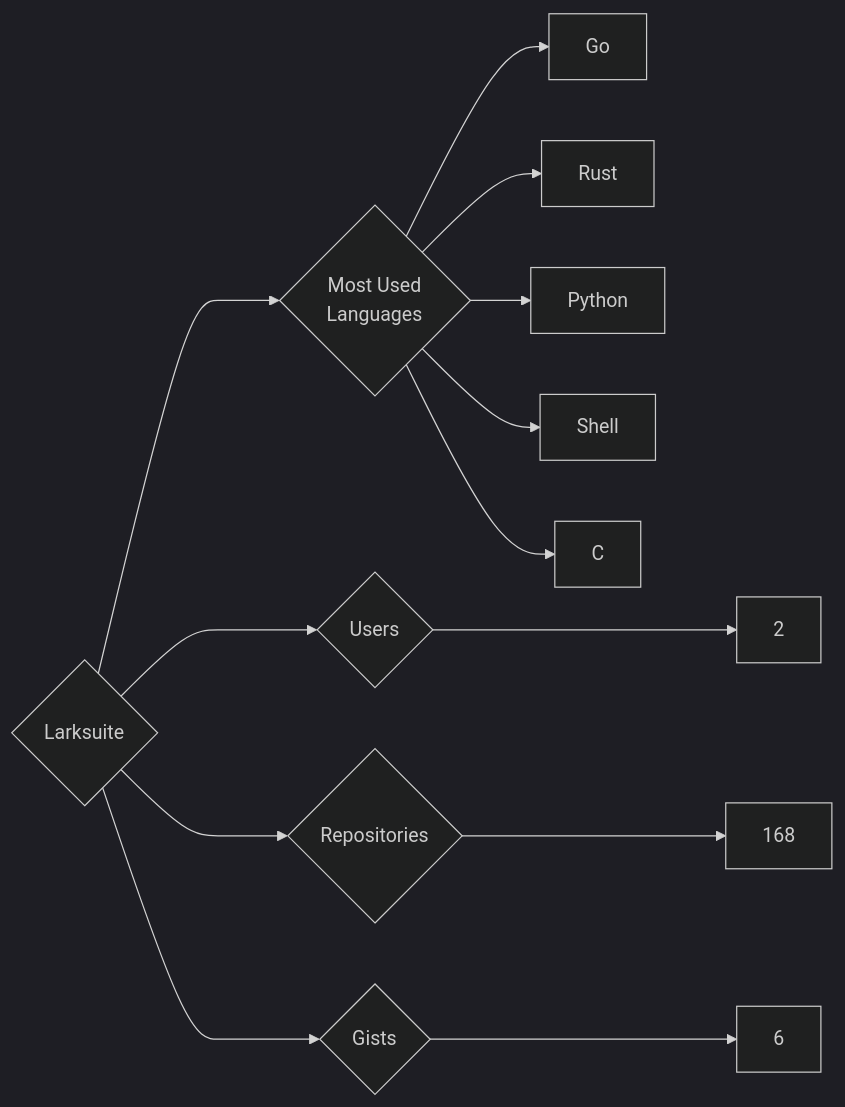
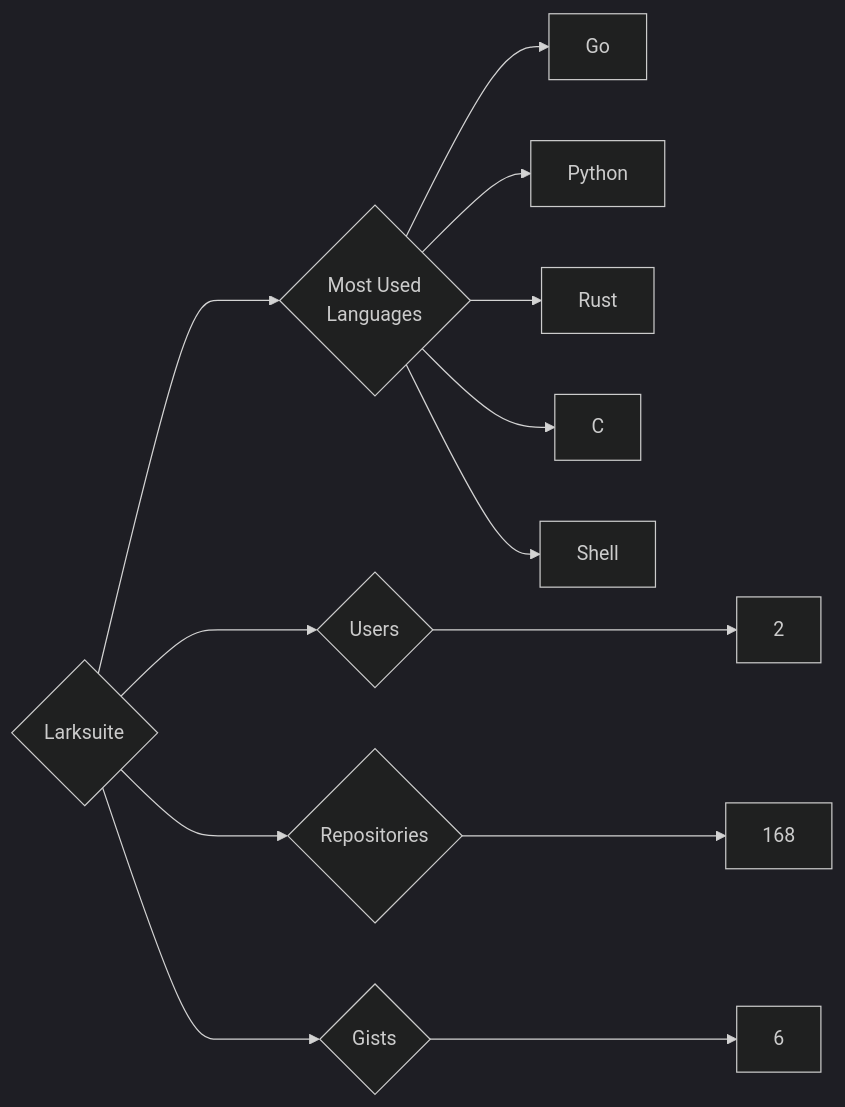
Before and after one commit to trickest/insiders: the diagram in targets/Larksuite/README.md, drawn with Mermaid (dark theme). The commit also changed other lines of this file and 682 other files, not shown here.

````diff
--- a/targets/Larksuite/README.md
+++ b/targets/Larksuite/README.md
@@ -3,13 +3,13 @@
 ```mermaid
 graph LR
 COMPANY_NAME{Larksuite}
 COMPANY_NAME ---> U{Users} ---> UN[2]
 COMPANY_NAME ---> R{Repositories} ---> RN[168]
 COMPANY_NAME ---> G{Gists} ---> GN[6]
 COMPANY_NAME ---> ML{Most Used<br>Languages}
 ML --> Go[Go]
+ML --> Python[Python]
 ML --> Rust[Rust]
-ML --> Python[Python]
+ML --> C[C]
 ML --> Shell[Shell]
-ML --> C[C]
 ```
````
